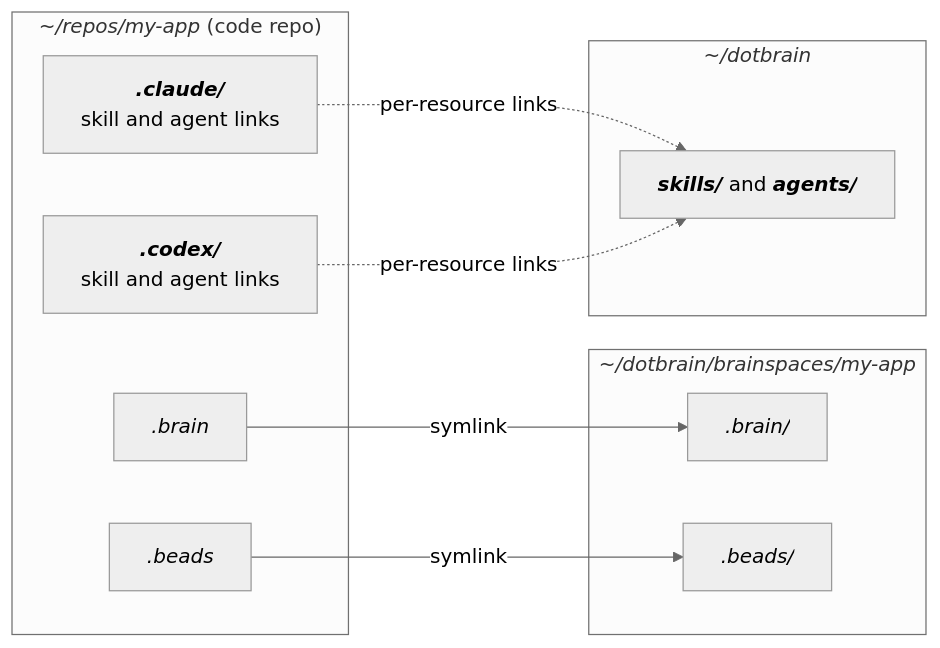
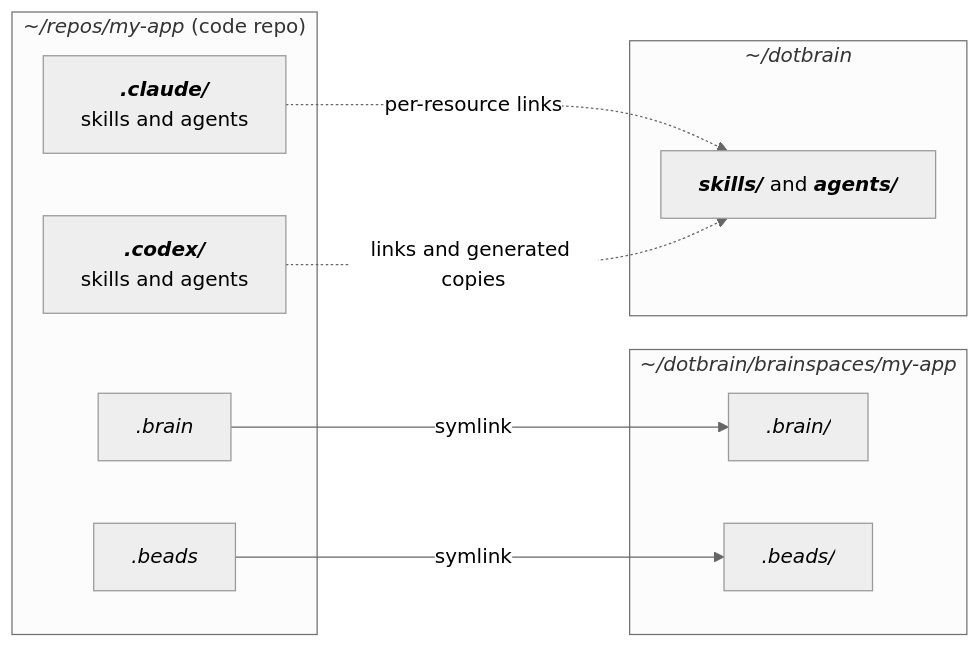
One commit to arminzou/dotbrain changed the first of 2 diagrams in docs/wiring.md. Above: the diagram before and after it, drawn with Mermaid (neutral theme). The commit also changed other lines of this file and 65 other files, not shown here.

````diff
--- a/docs/wiring.md
+++ b/docs/wiring.md
@@ -9,23 +9,23 @@
 ```mermaid
 flowchart LR
   accTitle: What wiring links into a code repo
   subgraph repo["`*~/repos/my-app* (code repo)`"]
     rb["`*.brain*`"]
     rbd["`*.beads*`"]
     rc["`***.claude/***
-  skill and agent links`"]
+  skills and agents`"]
     rx["`***.codex/***
-  skill and agent links`"]
+  skills and agents`"]
   end
   subgraph space["`*~/dotbrain/brainspaces/my-app*`"]
     sb["`*.brain/*`"]
     sbd["`*.beads/*`"]
   end
   subgraph home["`*~/dotbrain*`"]
     sk["`***skills/*** and ***agents/***`"]
   end
   rb -- symlink --> sb
   rbd -- symlink --> sbd
   rc -. per-resource links .-> sk
-  rx -. per-resource links .-> sk
+  rx -. links and generated copies .-> sk
 ```
````
